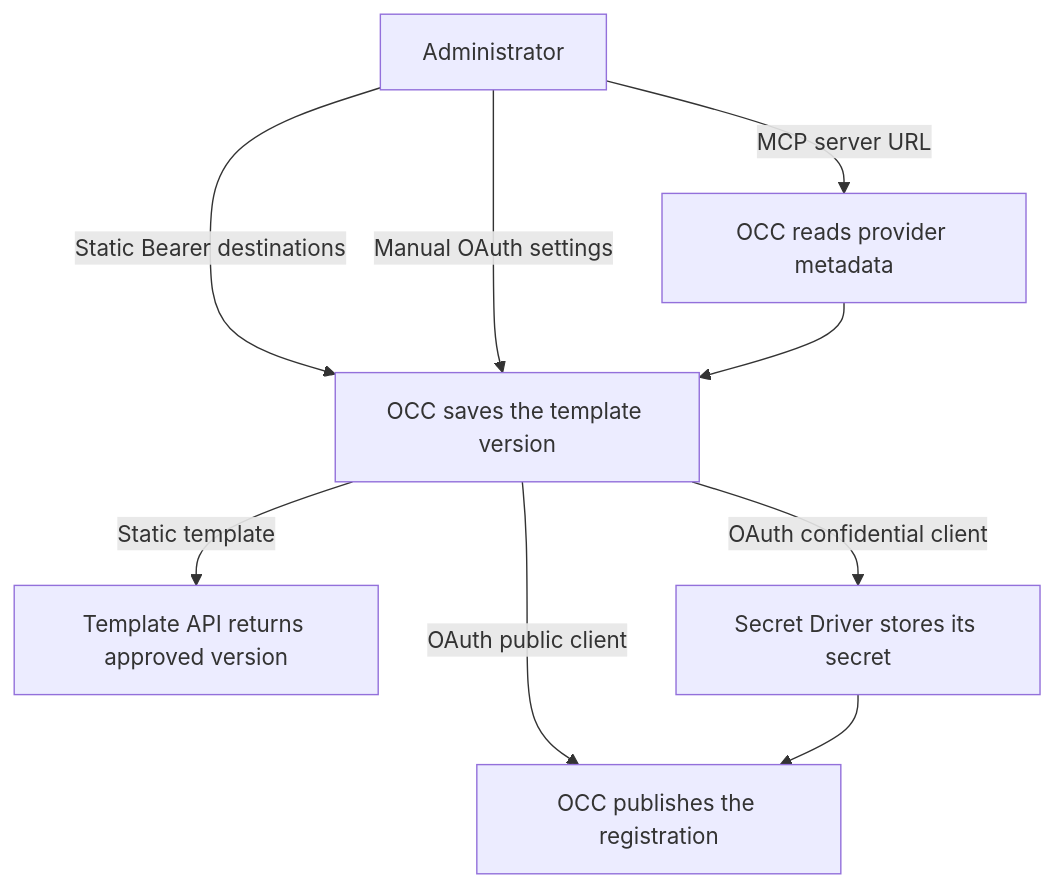
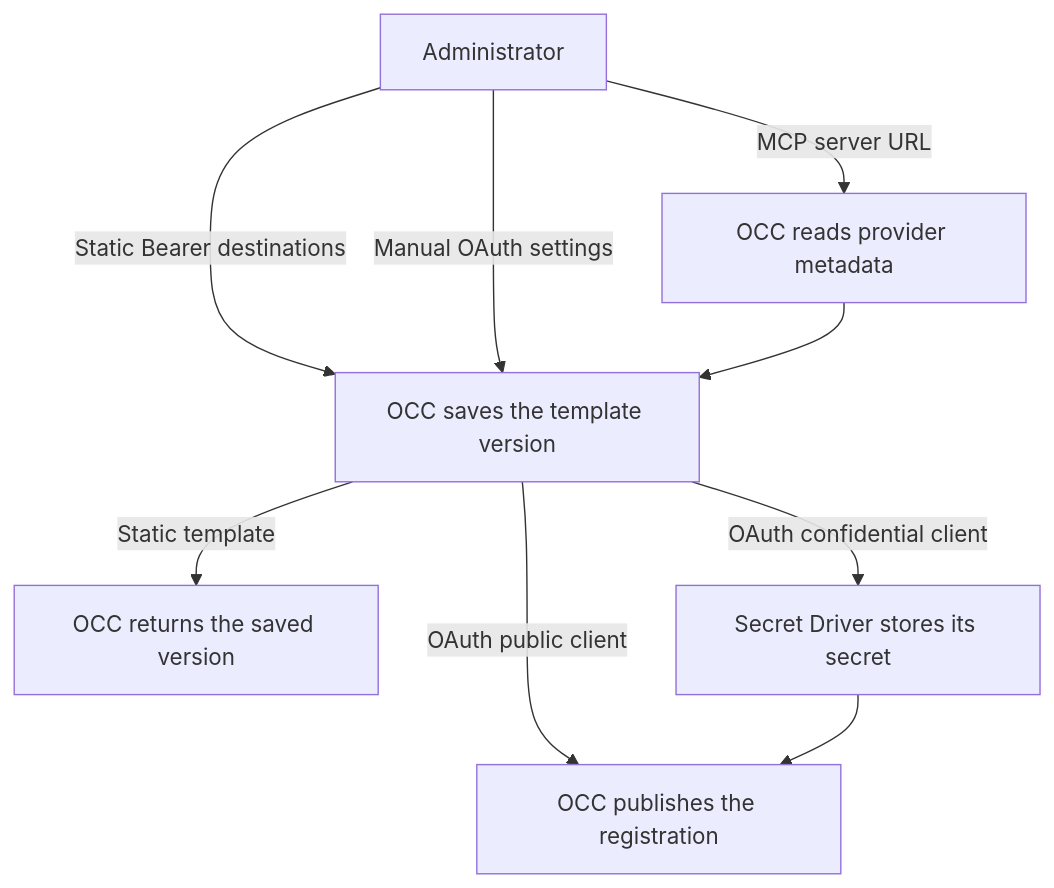
One commit to openclaw/openclaw-enterprise changed the first of 2 diagrams in docs/flows/connection-templates.md. Above: the diagram before and after it, drawn with Mermaid. The commit also changed other lines of this file and 17 other files, not shown here.

````diff
--- a/docs/flows/connection-templates.md
+++ b/docs/flows/connection-templates.md
@@ -22,11 +22,11 @@
 ```mermaid
 graph TD
   Admin["Administrator"] -->|Static Bearer destinations| Version["OCC saves the template version"]
   Admin -->|Manual OAuth settings| Version
   Admin -->|MCP server URL| Discovery["OCC reads provider metadata"]
   Discovery --> Version
-  Version -->|Static template| Saved["Template API returns approved version"]
+  Version -->|Static template| Saved["OCC returns the saved version"]
   Version -->|OAuth confidential client| Secret["Secret Driver stores its secret"]
   Version -->|OAuth public client| Publish["OCC publishes the registration"]
   Secret --> Publish
 ```
````
